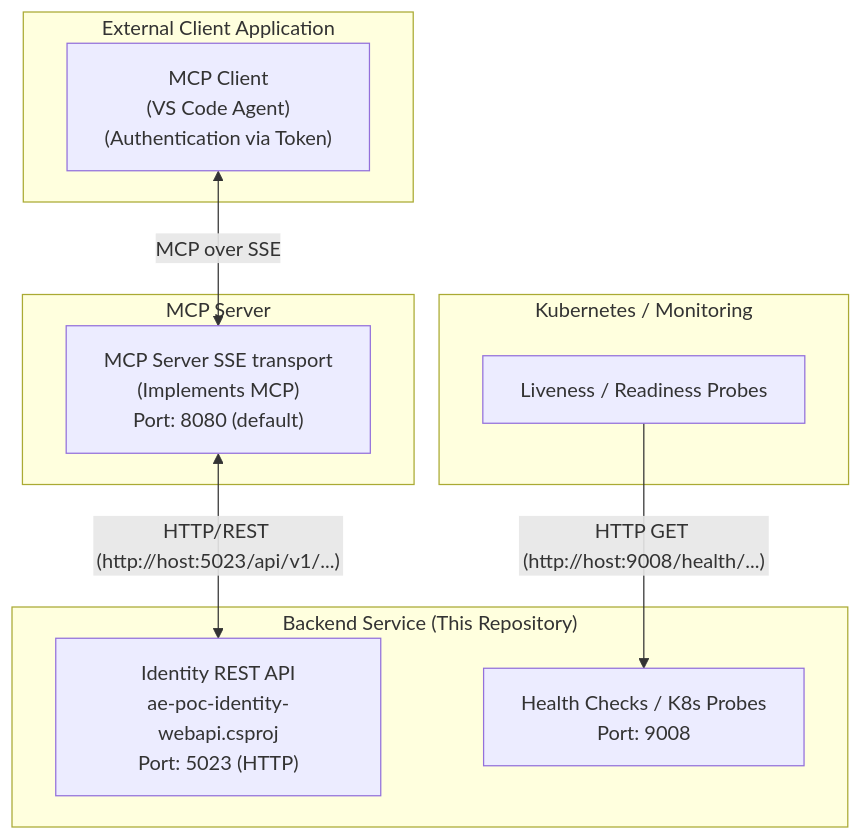
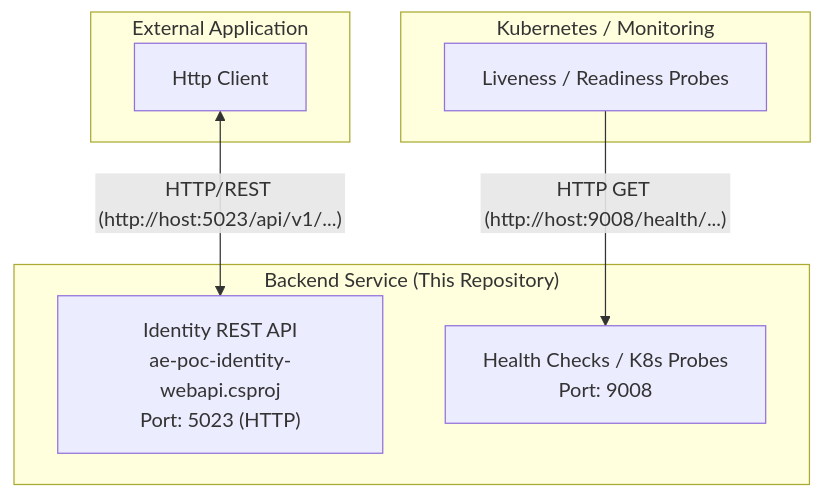
Before and after one commit to ISubkowskI/ae-poc-identity-webapi: the diagram in README.md, drawn with Mermaid. The commit also changed other lines of this file and 3 other files, not shown here.

````diff
--- a/README.md
+++ b/README.md
@@ -9,23 +9,19 @@
 ```mermaid
 graph TD
-    subgraph "External Client Application"
-        lblMCPClient["MCP Client<br/>(VS Code Agent)<br/>(Authentication via Token)"]
-    end
 
-    subgraph "MCP Server"
-        lblMCPServer["MCP Server SSE transport<br/>(Implements MCP)<br/>Port: 8080 (default)"]
+    subgraph "External Application"
+        lblExternalApp["Http Client"]
     end
 
     subgraph "Backend Service (This Repository)"
         lblBackendService["Identity REST API<br/>ae-poc-identity-webapi.csproj<br/>Port: 5023 (HTTP)"]
         lblHealth["Health Checks / K8s Probes<br/>Port: 9008"]
     end
     
     subgraph "Kubernetes / Monitoring"
         lblK8s["Liveness / Readiness Probes"]
     end
 
-    lblMCPClient -- "MCP over SSE" <--> lblMCPServer
-    lblMCPServer -- "HTTP/REST (http://host:5023/api/v1/...)" <--> lblBackendService
+    lblExternalApp -- "HTTP/REST (http://host:5023/api/v1/...)" <--> lblBackendService
     lblK8s -- "HTTP GET (http://host:9008/health/...)" --> lblHealth
 ```
````
